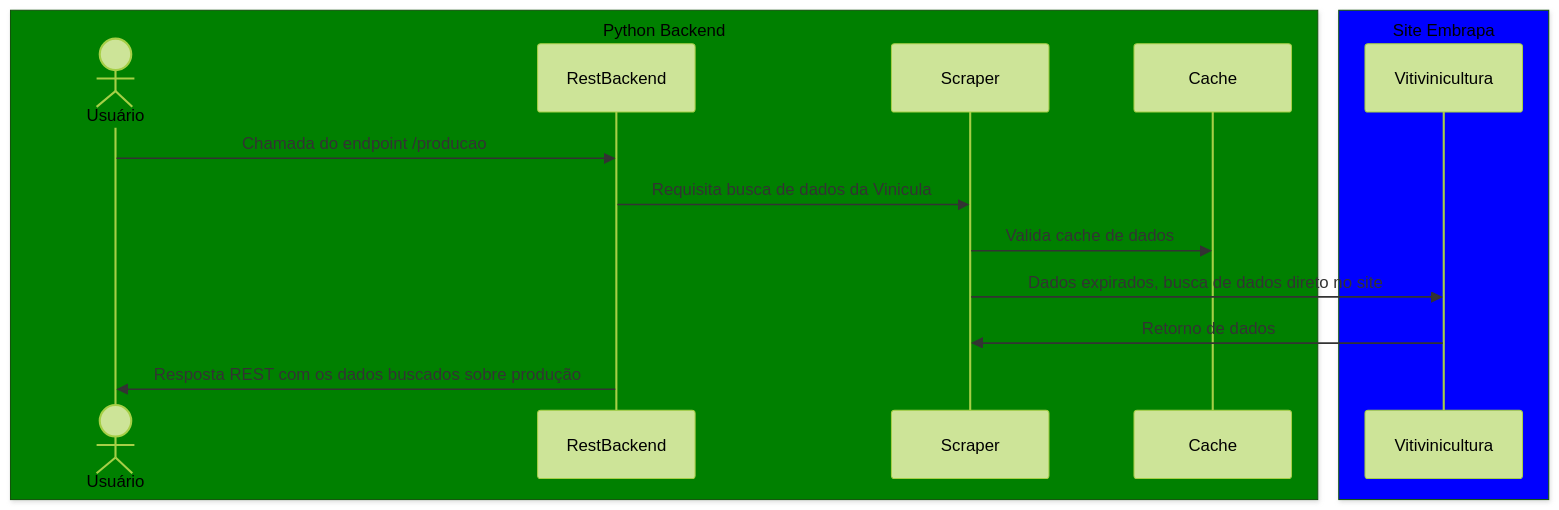
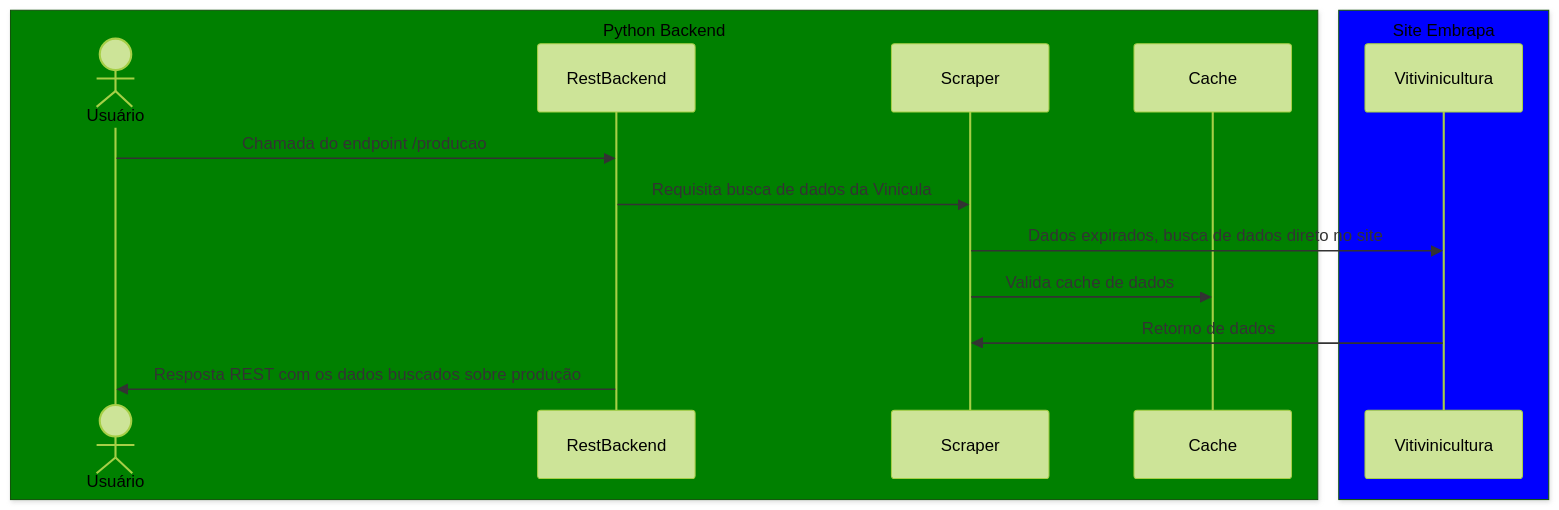
One commit to MathSpookyz/MLET-API---EMBRAPA changed the diagram in README.md. Above: the diagram before and after it, drawn with Mermaid (forest theme). The commit also changed other lines of this file and 2 other files, not shown here.

````diff
--- a/README.md
+++ b/README.md
@@ -15,18 +22,18 @@
 ```mermaid
 sequenceDiagram
     box Green Python Backend
     actor Usuário
     participant RestBackend
     participant Scraper
     participant Cache
     end
     box Blue Site Embrapa
     participant Vitivinicultura
     end    
     Usuário->>RestBackend: Chamada do endpoint /producao
     RestBackend->> Scraper: Requisita busca de dados da Vinicula
+    Scraper ->> Vitivinicultura: Dados expirados, busca de dados direto no site
     Scraper ->> Cache: Valida cache de dados
-    Scraper ->> Vitivinicultura: Dados expirados, busca de dados direto no site
     Vitivinicultura ->> Scraper: Retorno de dados
     RestBackend->>Usuário: Resposta REST com os dados buscados sobre produção
 ```
````
